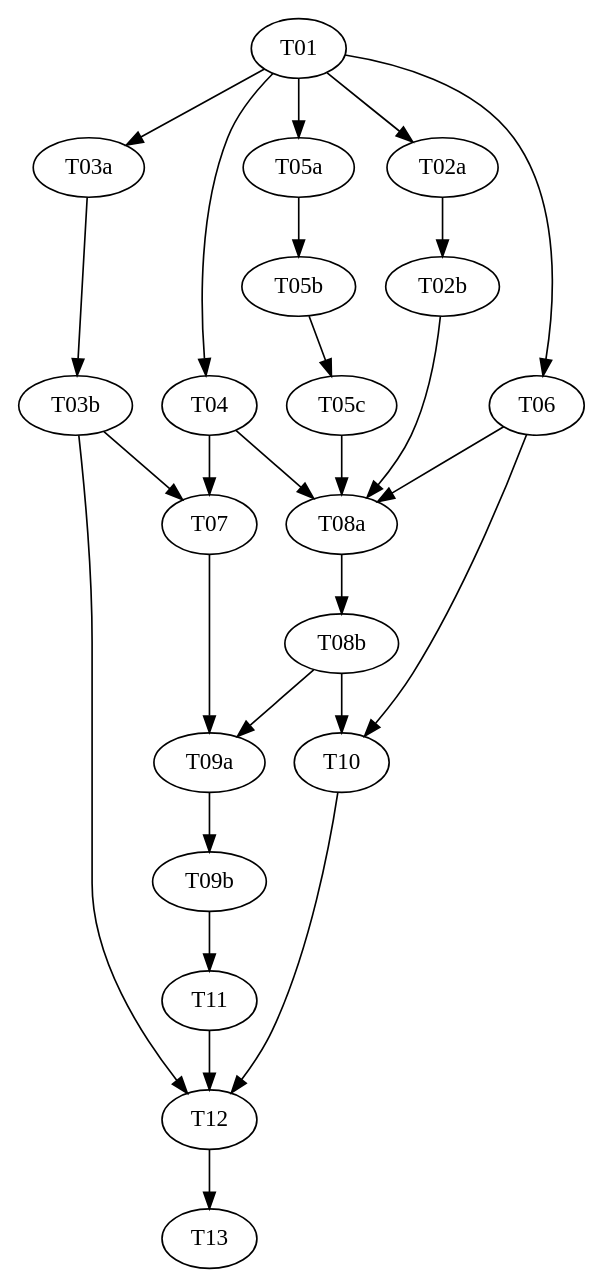
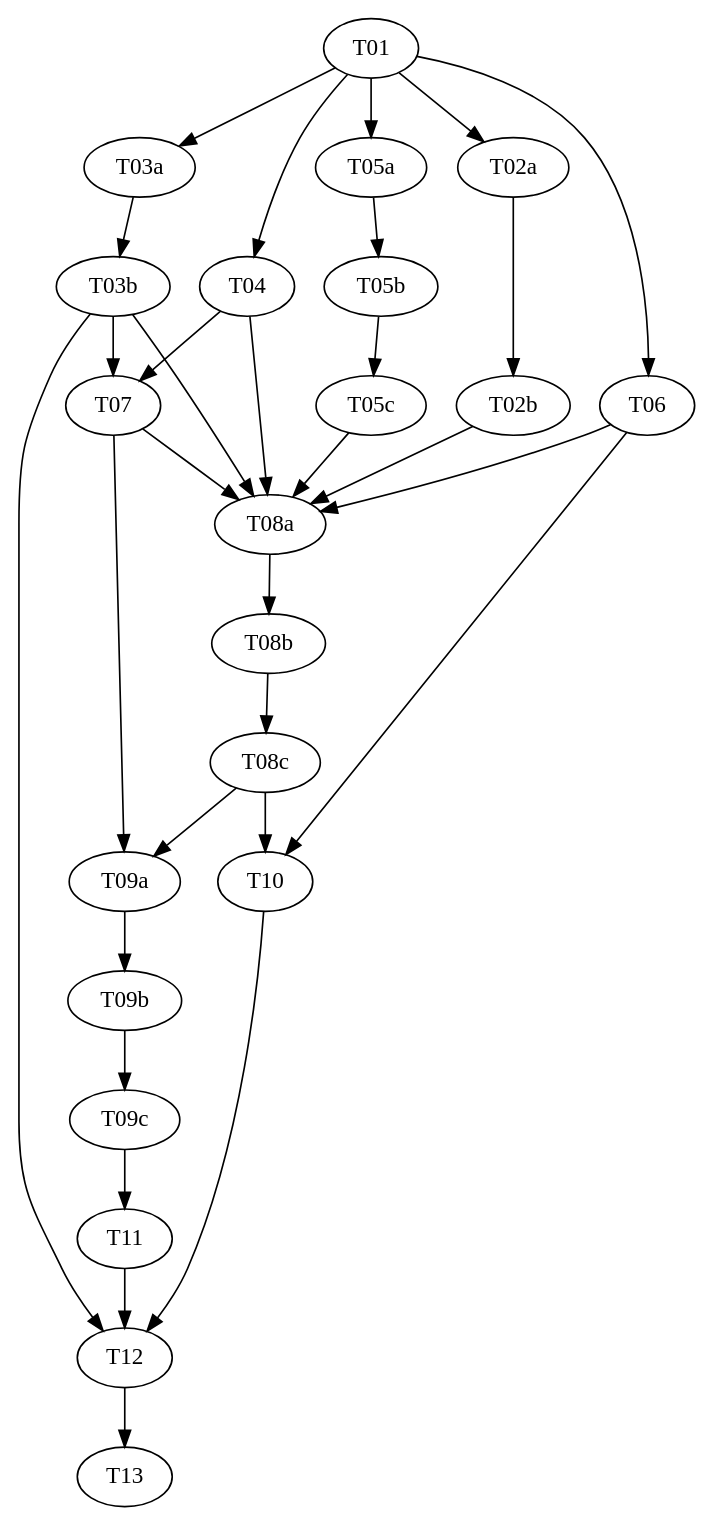
Before and after one commit to VanillaFairy/agentic-plugins: the diagram in docs/superpowers/plans/2026-11-03-hivemind/plan.md, drawn with Graphviz. The commit also changed other lines of this file and 23 other files, not shown here.

````diff
--- a/docs/superpowers/plans/2026-11-03-hivemind/plan.md
+++ b/docs/superpowers/plans/2026-11-03-hivemind/plan.md
@@ -88,12 +92,13 @@
 ```dot
 digraph deps {
     T01 -> T02a -> T02b; T01 -> T03a -> T03b; T01 -> T04; T01 -> T05a -> T05b -> T05c; T01 -> T06;
     T03b -> T07; T04 -> T07;
-    T02b -> T08a; T04 -> T08a; T05c -> T08a; T06 -> T08a; T08a -> T08b;
-    T07 -> T09a; T08b -> T09a; T09a -> T09b;
-    T06 -> T10; T08b -> T10;
-    T09b -> T11;
+    T02b -> T08a; T03b -> T08a; T04 -> T08a; T05c -> T08a; T06 -> T08a; T07 -> T08a;
+    T08a -> T08b -> T08c;
+    T07 -> T09a; T08c -> T09a; T09a -> T09b -> T09c;
+    T06 -> T10; T08c -> T10;
+    T09c -> T11;
     T03b -> T12; T10 -> T12; T11 -> T12;
     T12 -> T13;
 }
 ```
````
